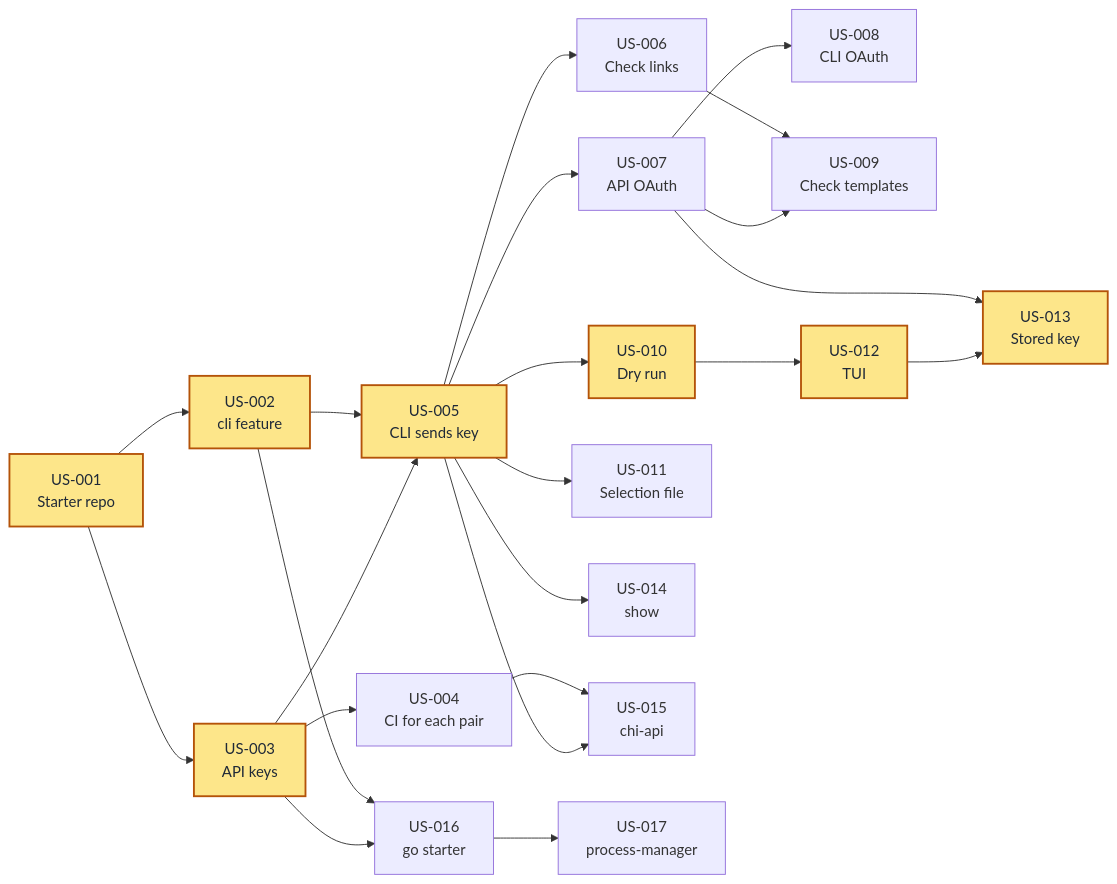
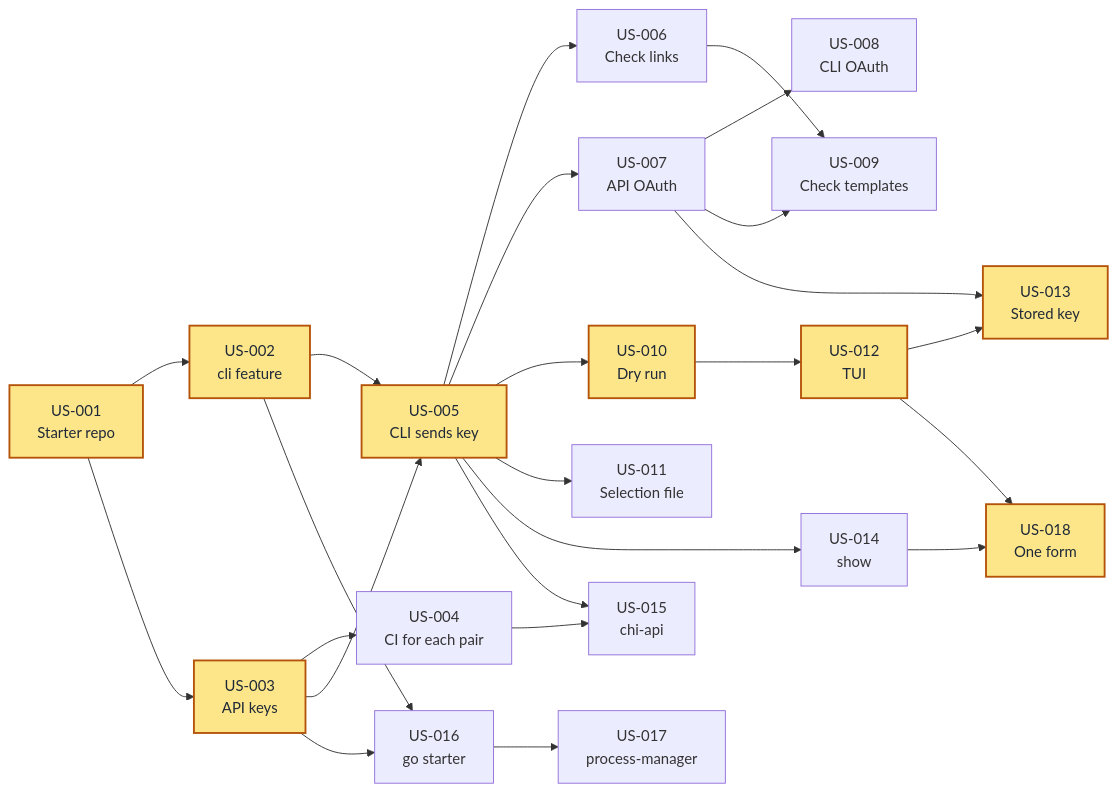
One commit to hpcsc/feature-compose changed the diagram in user-stories/feature-compose.md. Above: the diagram before and after it, drawn with Mermaid. The commit also changed other lines of this file and 1 other file, not shown here.

First line of the commit message:
Plan the TUI of new as one form like show

````diff
--- a/user-stories/feature-compose.md
+++ b/user-stories/feature-compose.md
@@ -32,45 +32,48 @@
 ```mermaid
 flowchart LR
     A["US-001<br/>Starter repo"]
     B["US-002<br/>cli feature"]
     C["US-003<br/>API keys"]
     D["US-004<br/>CI for each pair"]
     E["US-005<br/>CLI sends key"]
     F["US-006<br/>Check links"]
     G["US-007<br/>API OAuth"]
     H["US-008<br/>CLI OAuth"]
     I["US-009<br/>Check templates"]
     J["US-010<br/>Dry run"]
     K["US-011<br/>Selection file"]
     L["US-012<br/>TUI"]
     M["US-013<br/>Stored key"]
     N["US-014<br/>show"]
     O["US-015<br/>chi-api"]
     P["US-016<br/>go starter"]
     Q["US-017<br/>process-manager"]
+    R["US-018<br/>One form"]
 
     A --> B
     A --> C
     C --> D
     B --> E
     C --> E
     E --> F
     E --> G
     G --> H
     F --> I
     G --> I
     E --> J
     E --> K
     J --> L
     G --> M
     L --> M
     E --> N
     D --> O
     E --> O
     B --> P
     C --> P
     P --> Q
+    L --> R
+    N --> R
 
     classDef critical fill:#fde68a,stroke:#b45309,stroke-width:2px,color:#1f2937
-    class A,B,C,E,J,L,M critical
+    class A,B,C,E,J,L,M,R critical
 ```
````
